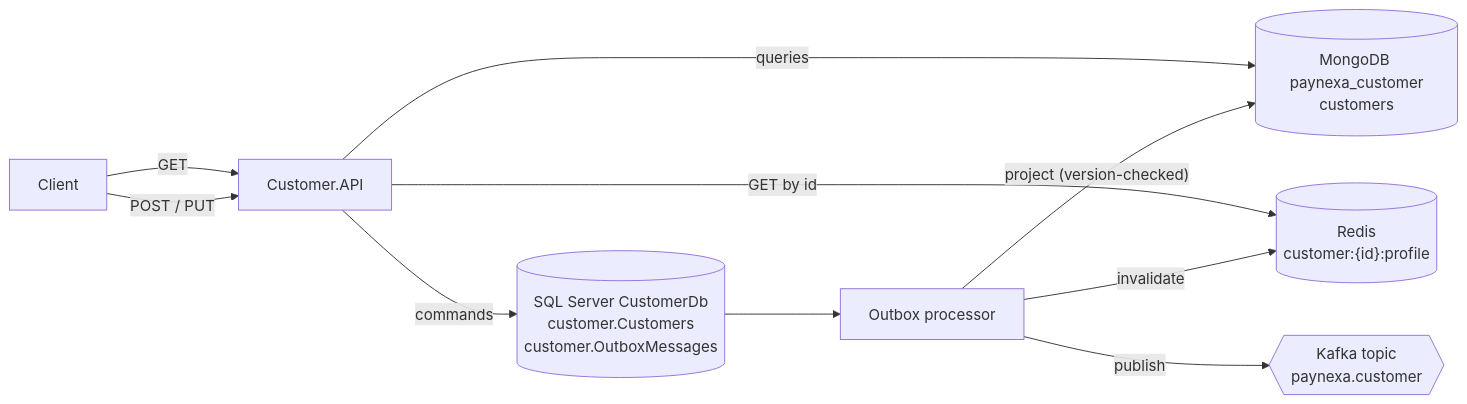
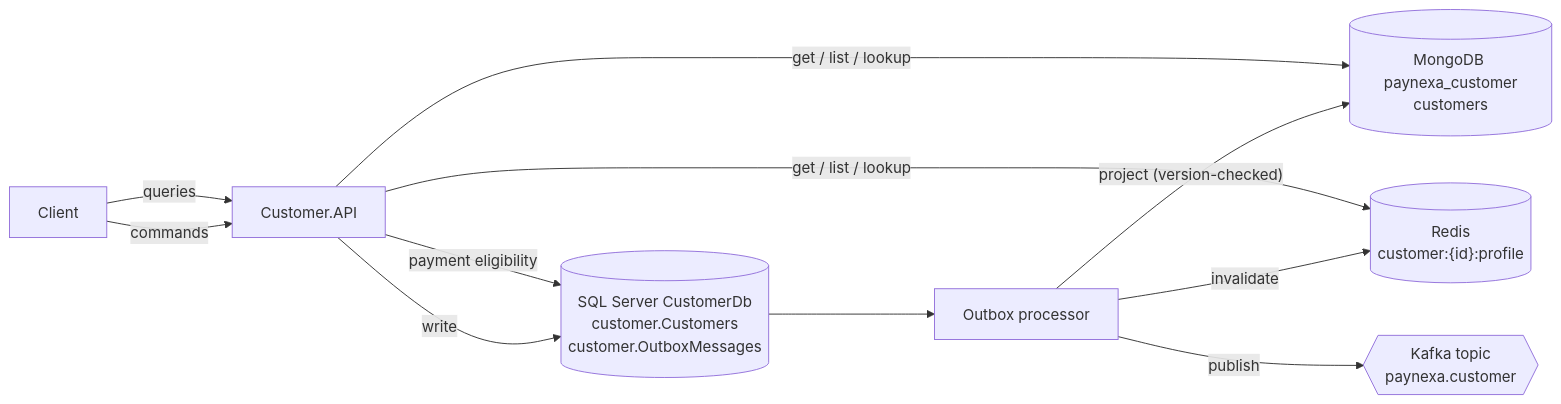
The diagram in doc/Customer.md (saidul-islam-rajib/PayNexa), drawn with Mermaid before and after one commit. The commit also changed other lines of this file and 18 other files, not shown here.

````diff
--- a/doc/Customer.md
+++ b/doc/Customer.md
@@ -24,12 +26,13 @@
 ```mermaid
 flowchart LR
-    Client -->|"POST / PUT"| API["Customer.API"]
-    Client -->|"GET"| API
-    API -->|"commands"| SQL[("SQL Server CustomerDb<br/>customer.Customers<br/>customer.OutboxMessages")]
+    Client -->|"commands"| API["Customer.API"]
+    Client -->|"queries"| API
+    API -->|"write"| SQL[("SQL Server CustomerDb<br/>customer.Customers<br/>customer.OutboxMessages")]
+    API -->|"payment eligibility"| SQL
     SQL --> Outbox["Outbox processor"]
     Outbox -->|"project (version-checked)"| Mongo[("MongoDB paynexa_customer<br/>customers")]
     Outbox -->|"invalidate"| Redis[("Redis<br/>customer:{id}:profile")]
     Outbox -->|"publish"| Kafka{{"Kafka topic<br/>paynexa.customer"}}
-    API -->|"GET by id"| Redis
-    API -->|"queries"| Mongo
+    API -->|"get / list / lookup"| Redis
+    API -->|"get / list / lookup"| Mongo
 ```
````
